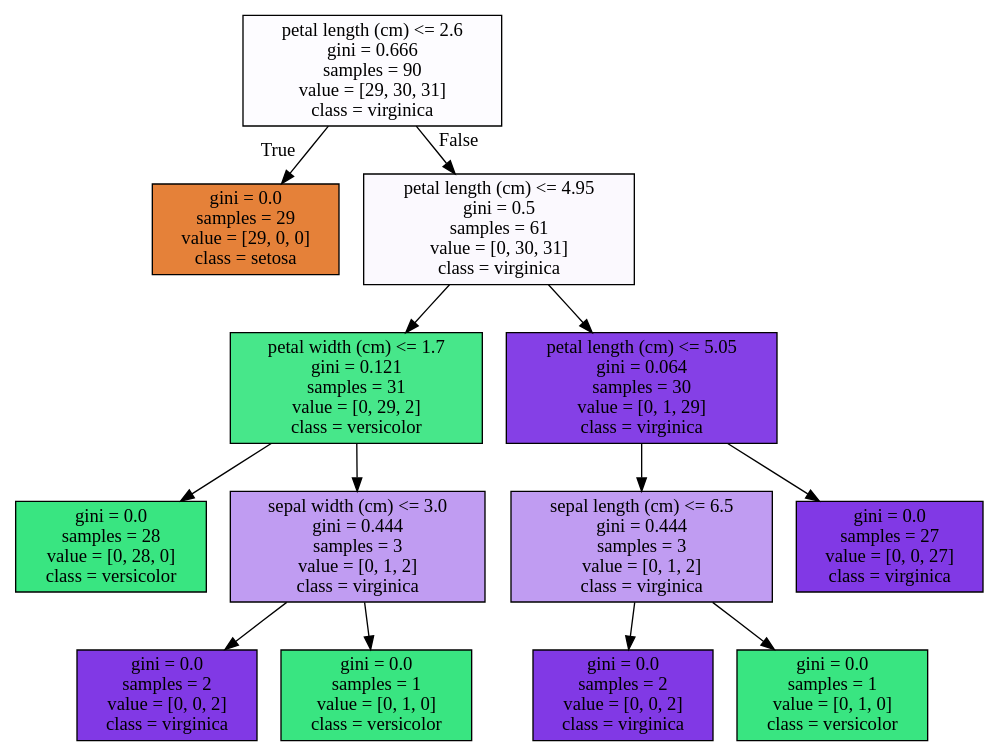
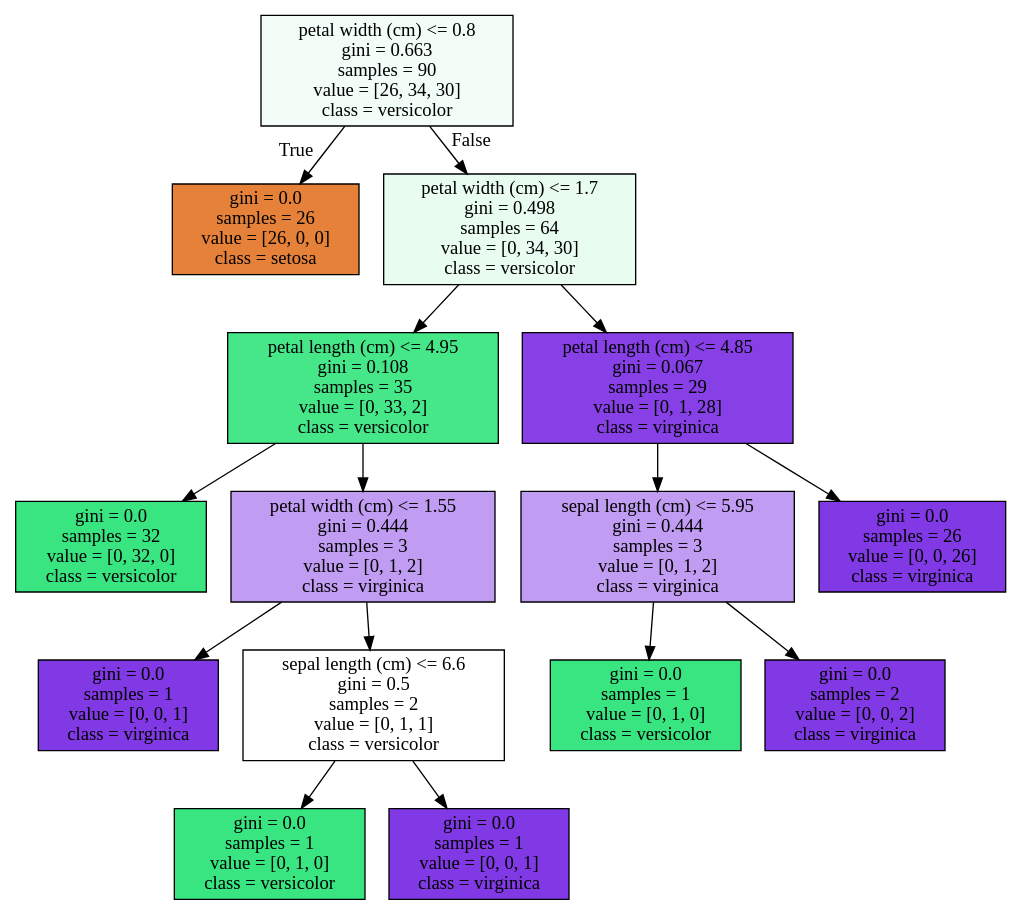
Before and after one commit to sunny-khatik/060_SunnyKhatik: the diagram in Lab 4/iris_Tree.dot, drawn with Graphviz. The commit also changed 6 other files, not shown here.

```diff
--- a/Lab 4/iris_Tree.dot
+++ b/Lab 4/iris_Tree.dot
@@ -1,28 +1,32 @@
 digraph Tree {
 node [shape=box, style="filled", color="black"] ;
-0 [label="petal length (cm) <= 2.6\ngini = 0.666\nsamples = 90\nvalue = [29, 30, 31]\nclass = virginica", fillcolor="#fdfcff"] ;
-1 [label="gini = 0.0\nsamples = 29\nvalue = [29, 0, 0]\nclass = setosa", fillcolor="#e58139"] ;
+0 [label="petal width (cm) <= 0.8\ngini = 0.663\nsamples = 90\nvalue = [26, 34, 30]\nclass = versicolor", fillcolor="#f2fdf7"] ;
+1 [label="gini = 0.0\nsamples = 26\nvalue = [26, 0, 0]\nclass = setosa", fillcolor="#e58139"] ;
 0 -> 1 [labeldistance=2.5, labelangle=45, headlabel="True"] ;
-2 [label="petal length (cm) <= 4.95\ngini = 0.5\nsamples = 61\nvalue = [0, 30, 31]\nclass = virginica", fillcolor="#fbf9fe"] ;
+2 [label="petal width (cm) <= 1.7\ngini = 0.498\nsamples = 64\nvalue = [0, 34, 30]\nclass = versicolor", fillcolor="#e8fcf0"] ;
 0 -> 2 [labeldistance=2.5, labelangle=-45, headlabel="False"] ;
-3 [label="petal width (cm) <= 1.7\ngini = 0.121\nsamples = 31\nvalue = [0, 29, 2]\nclass = versicolor", fillcolor="#47e78a"] ;
+3 [label="petal length (cm) <= 4.95\ngini = 0.108\nsamples = 35\nvalue = [0, 33, 2]\nclass = versicolor", fillcolor="#45e789"] ;
 2 -> 3 ;
-4 [label="gini = 0.0\nsamples = 28\nvalue = [0, 28, 0]\nclass = versicolor", fillcolor="#39e581"] ;
+4 [label="gini = 0.0\nsamples = 32\nvalue = [0, 32, 0]\nclass = versicolor", fillcolor="#39e581"] ;
 3 -> 4 ;
-5 [label="sepal width (cm) <= 3.0\ngini = 0.444\nsamples = 3\nvalue = [0, 1, 2]\nclass = virginica", fillcolor="#c09cf2"] ;
+5 [label="petal width (cm) <= 1.55\ngini = 0.444\nsamples = 3\nvalue = [0, 1, 2]\nclass = virginica", fillcolor="#c09cf2"] ;
 3 -> 5 ;
-6 [label="gini = 0.0\nsamples = 2\nvalue = [0, 0, 2]\nclass = virginica", fillcolor="#8139e5"] ;
+6 [label="gini = 0.0\nsamples = 1\nvalue = [0, 0, 1]\nclass = virginica", fillcolor="#8139e5"] ;
 5 -> 6 ;
-7 [label="gini = 0.0\nsamples = 1\nvalue = [0, 1, 0]\nclass = versicolor", fillcolor="#39e581"] ;
+7 [label="sepal length (cm) <= 6.6\ngini = 0.5\nsamples = 2\nvalue = [0, 1, 1]\nclass = versicolor", fillcolor="#ffffff"] ;
 5 -> 7 ;
-8 [label="petal length (cm) <= 5.05\ngini = 0.064\nsamples = 30\nvalue = [0, 1, 29]\nclass = virginica", fillcolor="#8540e6"] ;
-2 -> 8 ;
-9 [label="sepal length (cm) <= 6.5\ngini = 0.444\nsamples = 3\nvalue = [0, 1, 2]\nclass = virginica", fillcolor="#c09cf2"] ;
-8 -> 9 ;
-10 [label="gini = 0.0\nsamples = 2\nvalue = [0, 0, 2]\nclass = virginica", fillcolor="#8139e5"] ;
-9 -> 10 ;
-11 [label="gini = 0.0\nsamples = 1\nvalue = [0, 1, 0]\nclass = versicolor", fillcolor="#39e581"] ;
-9 -> 11 ;
-12 [label="gini = 0.0\nsamples = 27\nvalue = [0, 0, 27]\nclass = virginica", fillcolor="#8139e5"] ;
-8 -> 12 ;
+8 [label="gini = 0.0\nsamples = 1\nvalue = [0, 1, 0]\nclass = versicolor", fillcolor="#39e581"] ;
+7 -> 8 ;
+9 [label="gini = 0.0\nsamples = 1\nvalue = [0, 0, 1]\nclass = virginica", fillcolor="#8139e5"] ;
+7 -> 9 ;
+10 [label="petal length (cm) <= 4.85\ngini = 0.067\nsamples = 29\nvalue = [0, 1, 28]\nclass = virginica", fillcolor="#8640e6"] ;
+2 -> 10 ;
+11 [label="sepal length (cm) <= 5.95\ngini = 0.444\nsamples = 3\nvalue = [0, 1, 2]\nclass = virginica", fillcolor="#c09cf2"] ;
+10 -> 11 ;
+12 [label="gini = 0.0\nsamples = 1\nvalue = [0, 1, 0]\nclass = versicolor", fillcolor="#39e581"] ;
+11 -> 12 ;
+13 [label="gini = 0.0\nsamples = 2\nvalue = [0, 0, 2]\nclass = virginica", fillcolor="#8139e5"] ;
+11 -> 13 ;
+14 [label="gini = 0.0\nsamples = 26\nvalue = [0, 0, 26]\nclass = virginica", fillcolor="#8139e5"] ;
+10 -> 14 ;
 }
```
